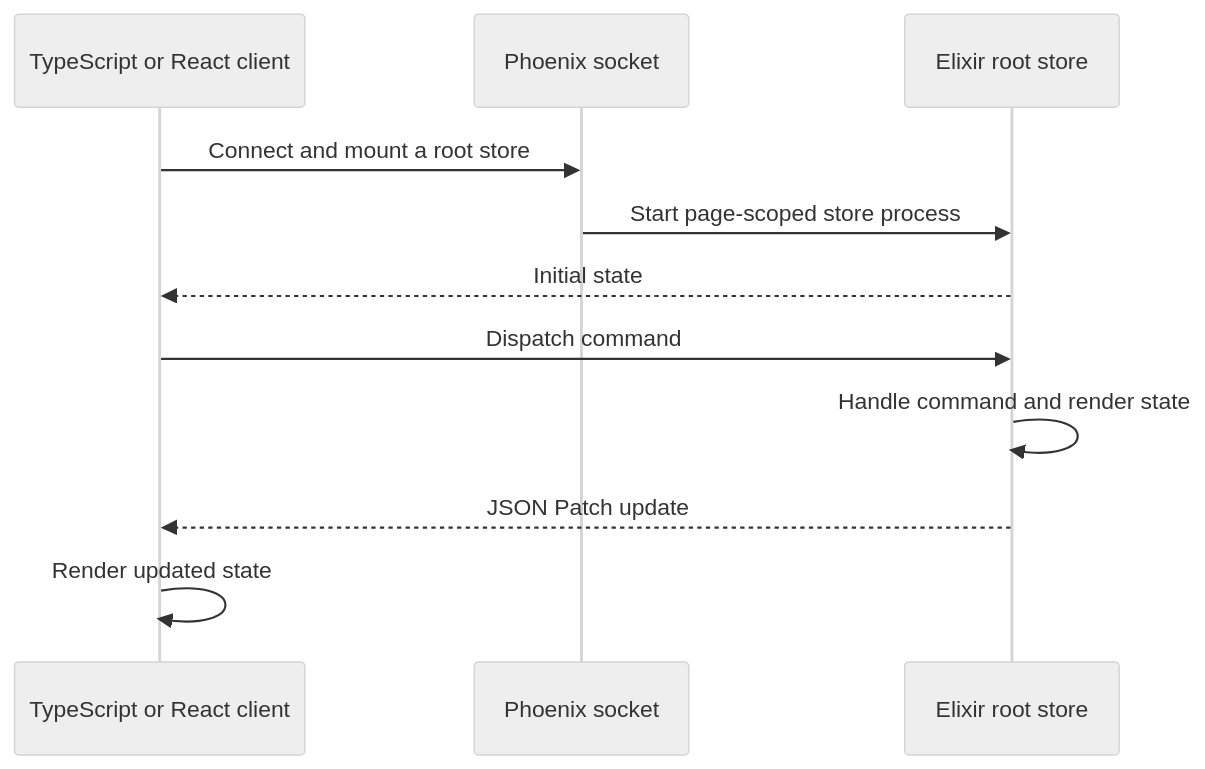
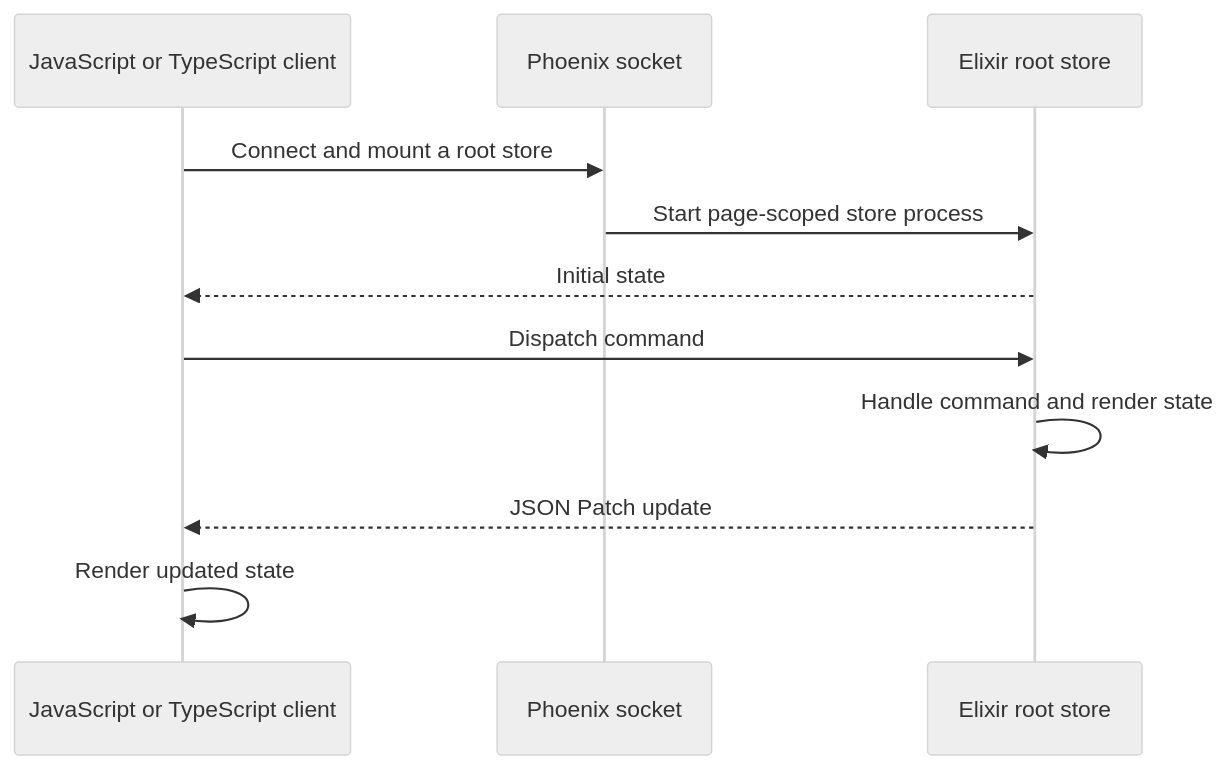
Before and after one commit to fahchen/fahchen: the diagram in app/blog/posts/20260517-introducing-musubi.mdx, drawn with Mermaid (neutral theme). The commit also changed other lines of this file, not shown here.

Commit message:
blog: clarify Musubi client packages

````diff
--- a/app/blog/posts/20260517-introducing-musubi.mdx
+++ b/app/blog/posts/20260517-introducing-musubi.mdx
@@ -17,13 +17,13 @@
 ```mermaid
 sequenceDiagram
-  participant UI as TypeScript or React client
+  participant UI as JavaScript or TypeScript client
   participant Socket as Phoenix socket
   participant Store as Elixir root store
   UI->>Socket: Connect and mount a root store
   Socket->>Store: Start page-scoped store process
   Store-->>UI: Initial state
   UI->>Store: Dispatch command
   Store->>Store: Handle command and render state
   Store-->>UI: JSON Patch update
   UI->>UI: Render updated state
 ```
````
